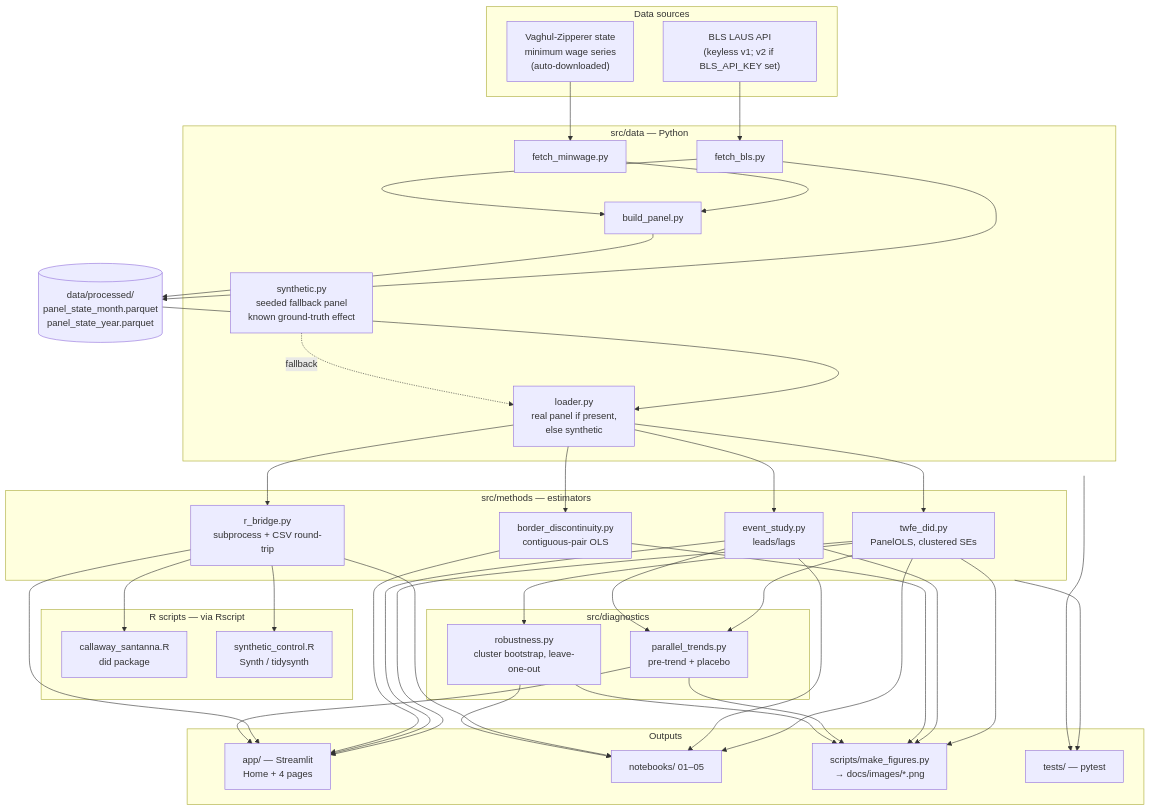
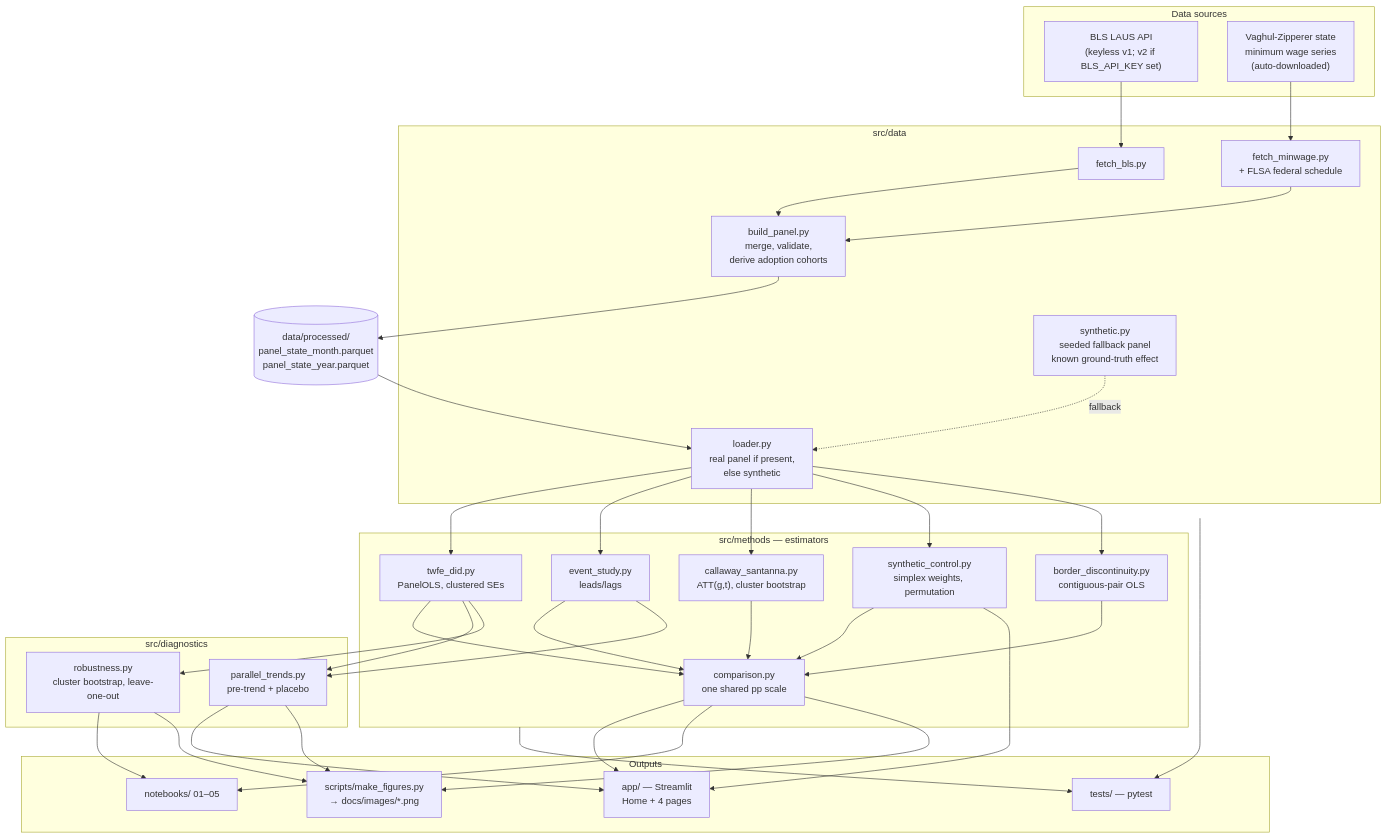
Before and after one commit to thompgt/minimum-wage-causal-inference: the diagram in README.md, drawn with Mermaid. The commit also changed other lines of this file and 4 other files, not shown here.

````diff
--- a/README.md
+++ b/README.md
@@ -26,79 +31,72 @@
 ```mermaid
 flowchart TB
     subgraph sources["Data sources"]
         BLS["BLS LAUS API<br/>(keyless v1; v2 if BLS_API_KEY set)"]
         MW["Vaghul-Zipperer state<br/>minimum wage series<br/>(auto-downloaded)"]
     end
 
-    subgraph ingest["src/data — Python"]
+    subgraph ingest["src/data"]
         FB["fetch_bls.py"]
-        FM["fetch_minwage.py"]
-        BP["build_panel.py"]
+        FM["fetch_minwage.py<br/>+ FLSA federal schedule"]
+        BP["build_panel.py<br/>merge, validate,<br/>derive adoption cohorts"]
         SY["synthetic.py<br/>seeded fallback panel<br/>known ground-truth effect"]
         LD["loader.py<br/>real panel if present,<br/>else synthetic"]
     end
 
     PROC[("data/processed/<br/>panel_state_month.parquet<br/>panel_state_year.parquet")]
 
     subgraph methods["src/methods — estimators"]
         TWFE["twfe_did.py<br/>PanelOLS, clustered SEs"]
         ES["event_study.py<br/>leads/lags"]
+        CS["callaway_santanna.py<br/>ATT(g,t), cluster bootstrap"]
+        SC["synthetic_control.py<br/>simplex weights, permutation"]
         BD["border_discontinuity.py<br/>contiguous-pair OLS"]
-        RB["r_bridge.py<br/>subprocess + CSV round-trip"]
-    end
-
-    subgraph rscripts["R scripts — via Rscript"]
-        CS["callaway_santanna.R<br/>did package"]
-        SC["synthetic_control.R<br/>Synth / tidysynth"]
+        CMP["comparison.py<br/>one shared pp scale"]
     end
 
     subgraph diag["src/diagnostics"]
         PT["parallel_trends.py<br/>pre-trend + placebo"]
         RO["robustness.py<br/>cluster bootstrap, leave-one-out"]
     end
 
     subgraph outputs["Outputs"]
         APP["app/ — Streamlit<br/>Home + 4 pages"]
         NB["notebooks/ 01–05"]
         FIGS["scripts/make_figures.py<br/>→ docs/images/*.png"]
         TESTS["tests/ — pytest"]
     end
 
-    BLS --> FB --> PROC
+    BLS --> FB --> BP
     MW --> FM --> BP
-    FB --> BP
     BP --> PROC
     PROC --> LD
     SY -.fallback.-> LD
 
     LD --> TWFE
     LD --> ES
+    LD --> CS
+    LD --> SC
     LD --> BD
-    LD --> RB
-    RB --> CS
-    RB --> SC
+
+    TWFE --> CMP
+    ES --> CMP
+    CS --> CMP
+    SC --> CMP
+    BD --> CMP
 
     TWFE --> PT
     ES --> PT
     TWFE --> RO
 
-    TWFE --> APP
-    ES --> APP
-    BD --> APP
-    RB --> APP
+    CMP --> APP
+    CMP --> NB
+    CMP --> FIGS
     PT --> APP
-
-    TWFE --> NB
-    ES --> NB
-    RB --> NB
+    PT --> FIGS
     RO --> NB
-
-    TWFE --> FIGS
-    ES --> FIGS
-    BD --> FIGS
-    PT --> FIGS
     RO --> FIGS
+    SC --> APP
 
     methods --> TESTS
     ingest --> TESTS
 ```
````
